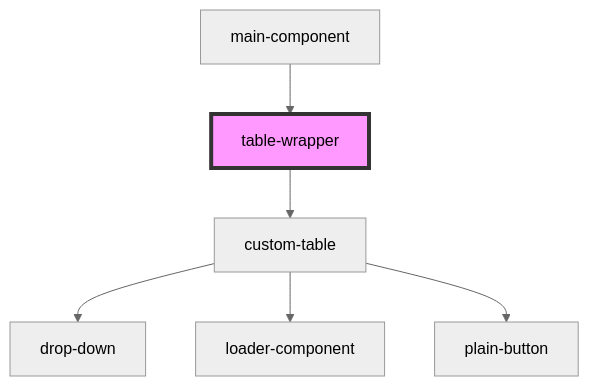
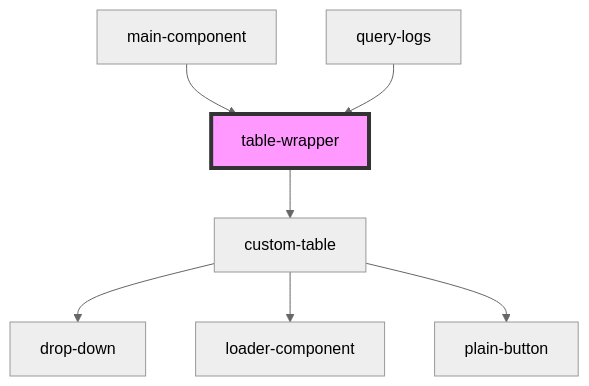
One commit to techvariable/NeptuneConnectComponents changed the diagram in src/components/table-wrapper/readme.md. Above: the diagram before and after it, drawn with Mermaid (neutral theme). The commit also changed other lines of this file and 11 other files, not shown here.

````diff
--- a/src/components/table-wrapper/readme.md
+++ b/src/components/table-wrapper/readme.md
@@ -29,9 +30,10 @@
 ```mermaid
 graph TD;
   table-wrapper --> custom-table
   custom-table --> drop-down
   custom-table --> loader-component
   custom-table --> plain-button
   main-component --> table-wrapper
+  query-logs --> table-wrapper
   style table-wrapper fill:#f9f,stroke:#333,stroke-width:4px
 ```
````
